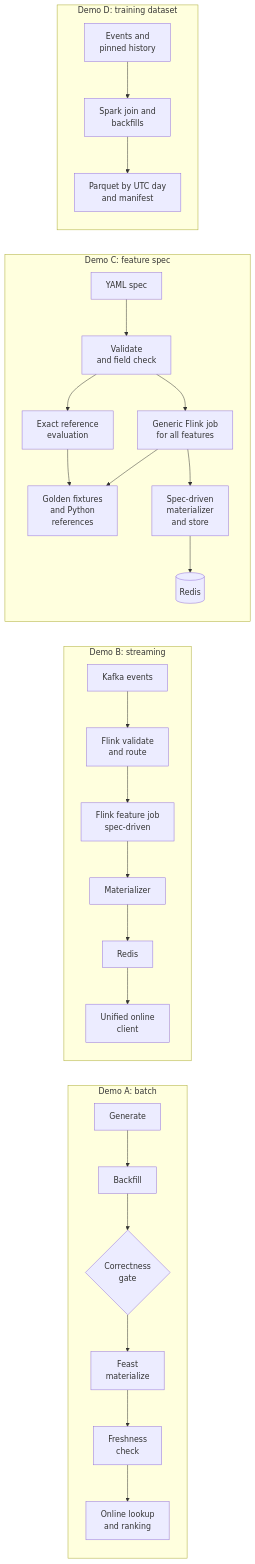
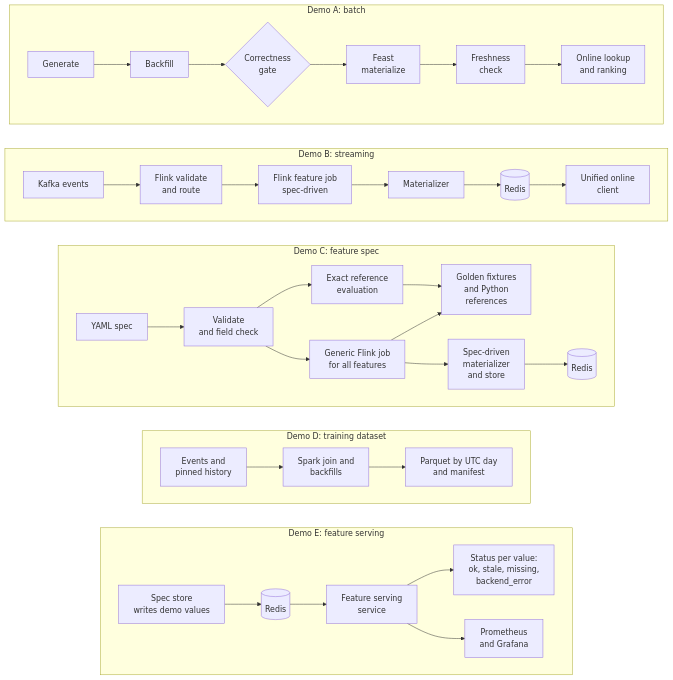
The diagram in docs/demo.md (oster-dev/featureforge), drawn with Mermaid before and after one commit. The commit also changed other lines of this file and 20 other files, not shown here.

````diff
--- a/docs/demo.md
+++ b/docs/demo.md
@@ -16,17 +32,27 @@
 ```mermaid
-flowchart LR
+flowchart TB
     subgraph A["Demo A: batch"]
+        direction LR
         A1[Generate] --> A2[Backfill] --> A3{Correctness<br/>gate} --> A4[Feast<br/>materialize] --> A5[Freshness<br/>check] --> A6[Online lookup<br/>and ranking]
     end
     subgraph B["Demo B: streaming"]
-        B1[Kafka events] --> B2[Flink validate<br/>and route] --> B3[Flink feature job<br/>spec-driven] --> B4[Materializer] --> B5[Redis] --> B6[Unified online<br/>client]
+        direction LR
+        B1[Kafka events] --> B2[Flink validate<br/>and route] --> B3[Flink feature job<br/>spec-driven] --> B4[Materializer] --> B5[(Redis)] --> B6[Unified online<br/>client]
     end
     subgraph C["Demo C: feature spec"]
+        direction LR
         C1[YAML spec] --> C2[Validate<br/>and field check] --> C3[Exact reference<br/>evaluation] --> C4[Golden fixtures<br/>and Python<br/>references]
         C2 --> C5[Generic Flink job<br/>for all features] --> C4
         C5 --> C6[Spec-driven<br/>materializer<br/>and store] --> C7[(Redis)]
     end
     subgraph D["Demo D: training dataset"]
+        direction LR
         D1[Events and<br/>pinned history] --> D2[Spark join and<br/>backfills] --> D3[Parquet by UTC day<br/>and manifest]
     end
+    subgraph E["Demo E: feature serving"]
+        direction LR
+        E1[Spec store<br/>writes demo values] --> E2[(Redis)] --> E3[Feature serving<br/>service] --> E4[Status per value:<br/>ok, stale, missing,<br/>backend_error]
+        E3 --> E5[Prometheus<br/>and Grafana]
+    end
+    A ~~~ B ~~~ C ~~~ D ~~~ E
 ```
````
